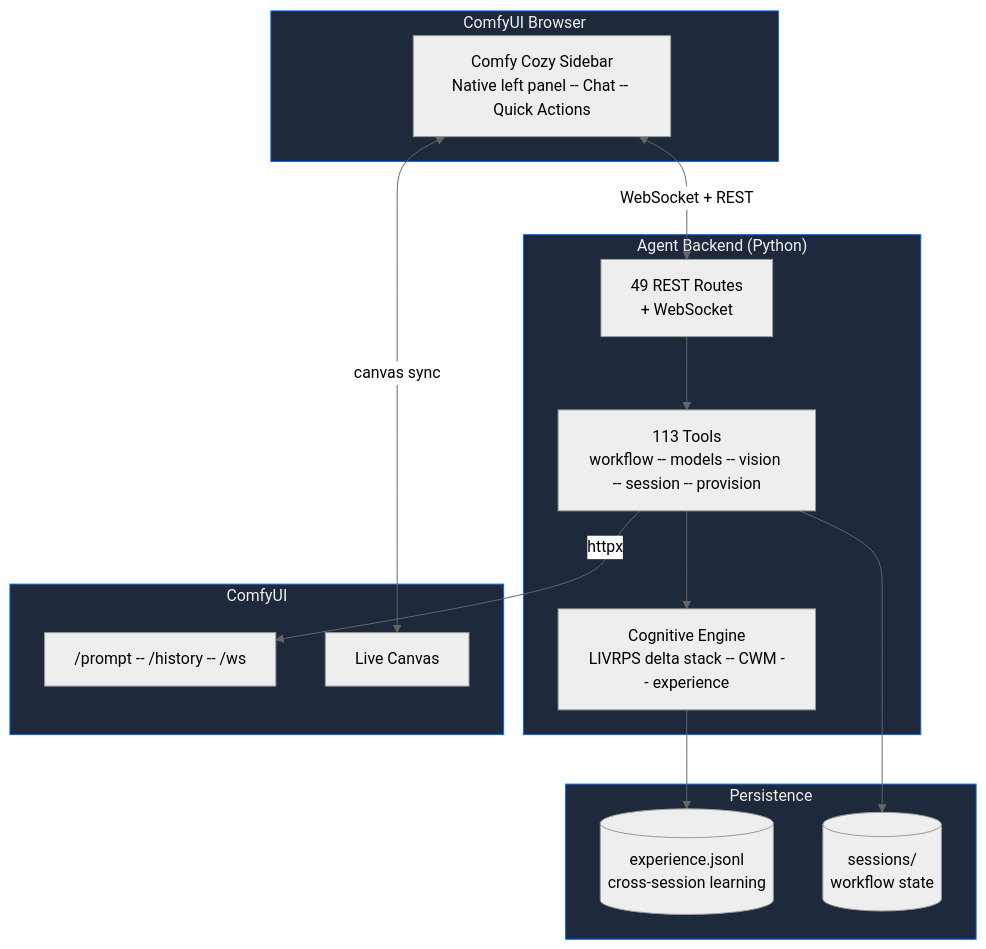
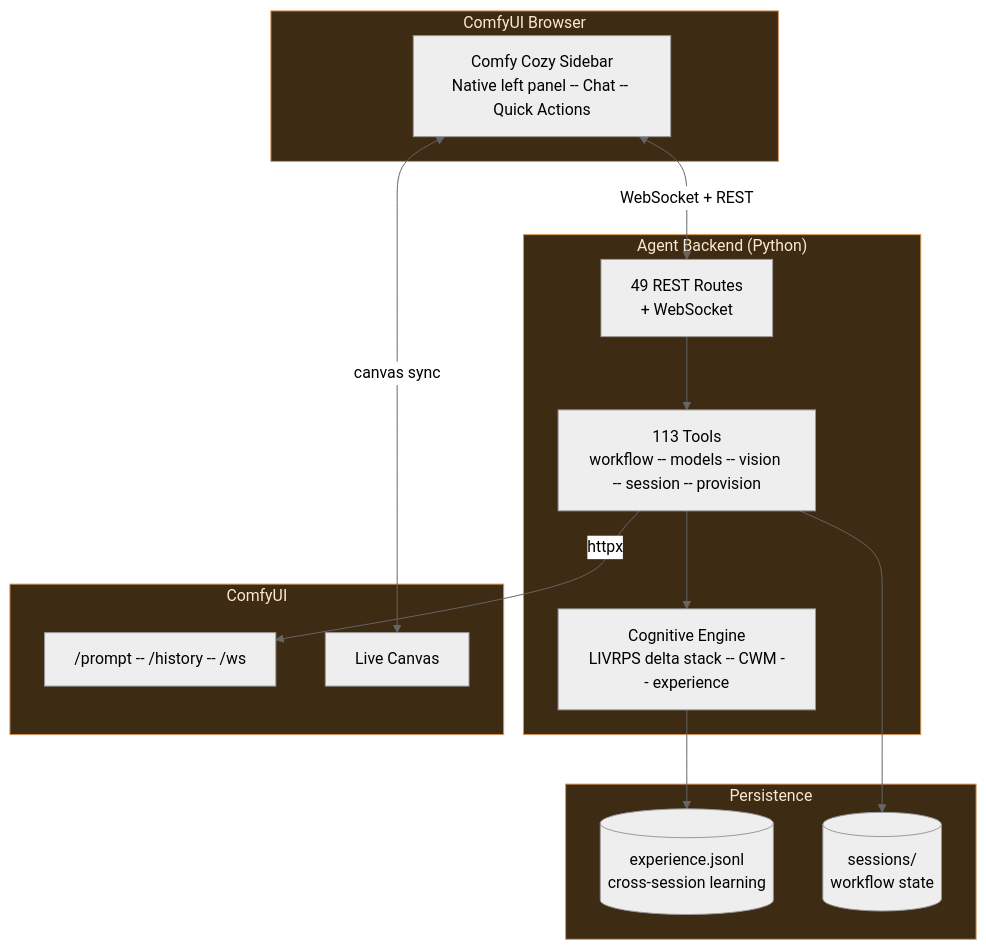
One commit to JosephOIbrahim/Comfy-Cozy changed the sixth of 25 diagrams in README.md. Above: the diagram before and after it, drawn with Mermaid (neutral theme). The commit also changed other lines of this file, not shown here.

First line of the commit message:
[DOCS] Unify mermaid palette across 25 diagrams (warm amber/brown)

````diff
--- a/README.md
+++ b/README.md
@@ -463,32 +463,32 @@
 ```mermaid
 graph TB
     subgraph Browser ["ComfyUI Browser"]
         Sidebar["Comfy Cozy Sidebar<br/>Native left panel -- Chat -- Quick Actions"]
     end
     subgraph Backend ["Agent Backend (Python)"]
         Routes["49 REST Routes<br/>+ WebSocket"]
         Tools["113 Tools<br/>workflow -- models -- vision -- session -- provision"]
         Cog["Cognitive Engine<br/>LIVRPS delta stack -- CWM -- experience"]
     end
     subgraph ComfyUI ["ComfyUI"]
         API["/prompt -- /history -- /ws"]
         Canvas["Live Canvas"]
     end
     subgraph Disk ["Persistence"]
         EXP[("experience.jsonl<br/>cross-session learning")]
         Sessions[("sessions/<br/>workflow state")]
     end
 
     Sidebar <-->|"WebSocket + REST"| Routes
     Sidebar <-->|"canvas sync"| Canvas
     Routes --> Tools
     Tools --> Cog
     Tools -->|httpx| API
     Cog --> EXP
     Tools --> Sessions
 
-    style Browser fill:#1e293b,color:#F0F0F0,stroke:#0066FF
-    style Backend fill:#1e293b,color:#F0F0F0,stroke:#0066FF
-    style ComfyUI fill:#1e293b,color:#F0F0F0,stroke:#0066FF
-    style Disk fill:#1e293b,color:#F0F0F0,stroke:#0066FF
+    style Browser fill:#3d2b14,color:#fde8cf,stroke:#d99458
+    style Backend fill:#3d2b14,color:#fde8cf,stroke:#d99458
+    style ComfyUI fill:#3d2b14,color:#fde8cf,stroke:#d99458
+    style Disk fill:#3d2b14,color:#fde8cf,stroke:#d99458
 ```
````
